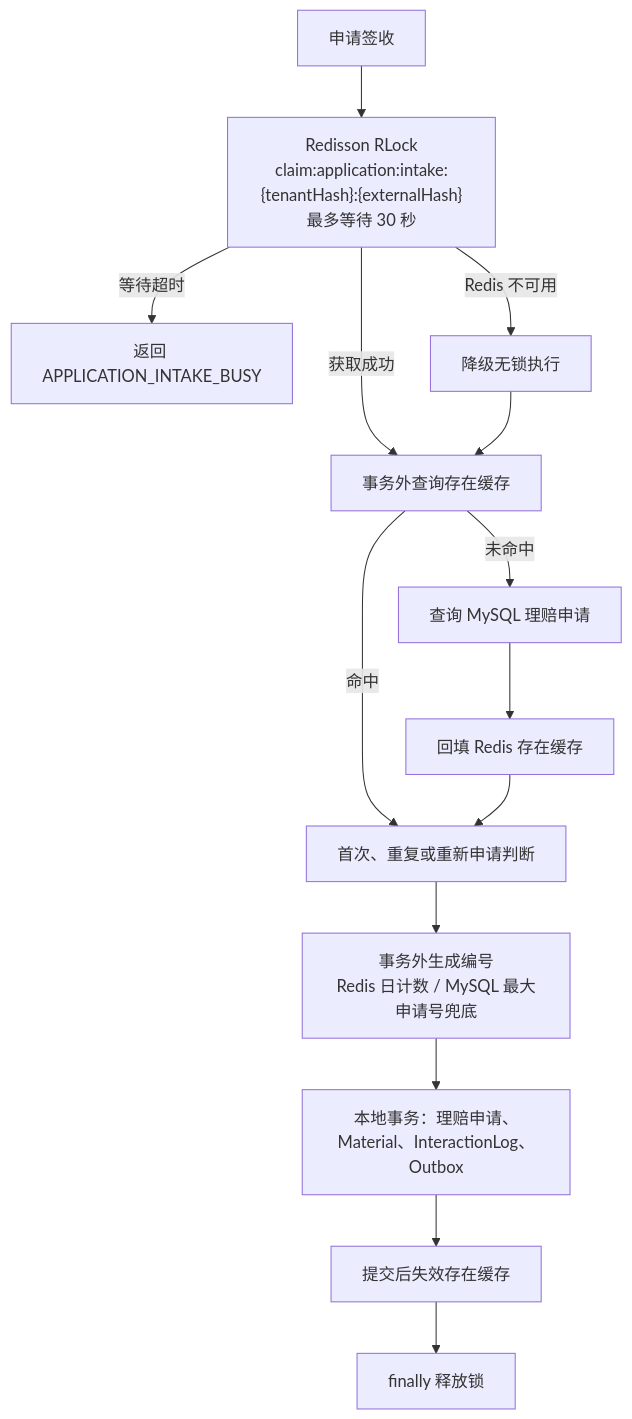
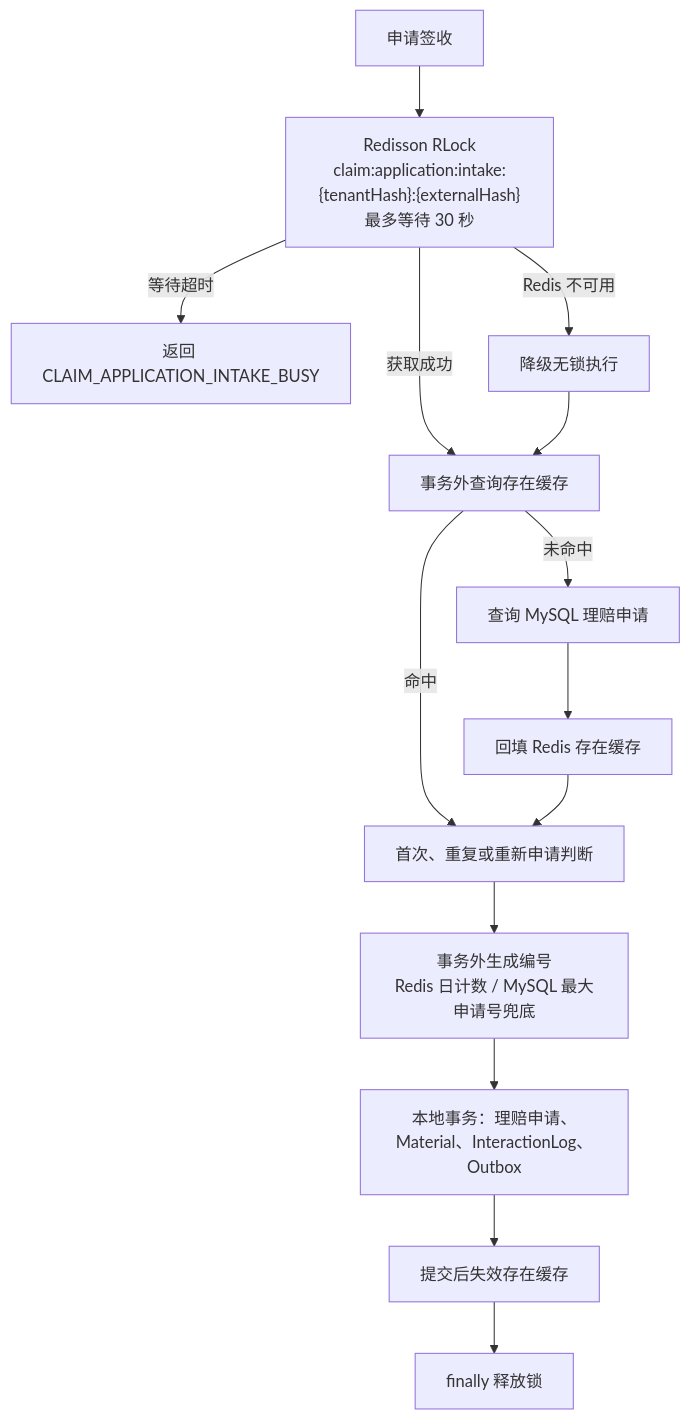
Before and after one commit to wangguangwu/claim-integration-platform: the fourth of 4 diagrams in specs/003-application-intake/design.md, drawn with Mermaid. The commit also changed other lines of this file and 110 other files, not shown here.

First line of the commit message:
理赔申请命名全链路收敛到 claimApplication，消除与 DDD 应用层词汇的歧义

````diff
--- a/specs/003-application-intake/design.md
+++ b/specs/003-application-intake/design.md
@@ -216,16 +213,16 @@
 ```mermaid
 flowchart TD
     REQUEST["申请签收"] --> LOCK["Redisson RLock<br/>claim:application:intake:{tenantHash}:{externalHash}<br/>最多等待 30 秒"]
     LOCK -- 获取成功 --> EXISTS_CACHE["事务外查询存在缓存"]
-    LOCK -- 等待超时 --> BUSY["返回 APPLICATION_INTAKE_BUSY"]
+    LOCK -- 等待超时 --> BUSY["返回 CLAIM_APPLICATION_INTAKE_BUSY"]
     LOCK -- Redis 不可用 --> NOLOCK["降级无锁执行"]
     NOLOCK --> EXISTS_CACHE
     EXISTS_CACHE -- 命中 --> DECIDE["首次、重复或重新申请判断"]
     EXISTS_CACHE -- 未命中 --> MYSQL["查询 MySQL 理赔申请"]
     MYSQL --> FILL["回填 Redis 存在缓存"]
     FILL --> DECIDE
     DECIDE --> NUMBER["事务外生成编号<br/>Redis 日计数 / MySQL 最大申请号兜底"]
     NUMBER --> TX["本地事务：理赔申请、Material、InteractionLog、Outbox"]
     TX --> INVALIDATE["提交后失效存在缓存"]
     INVALIDATE --> UNLOCK["finally 释放锁"]
 ```
````
